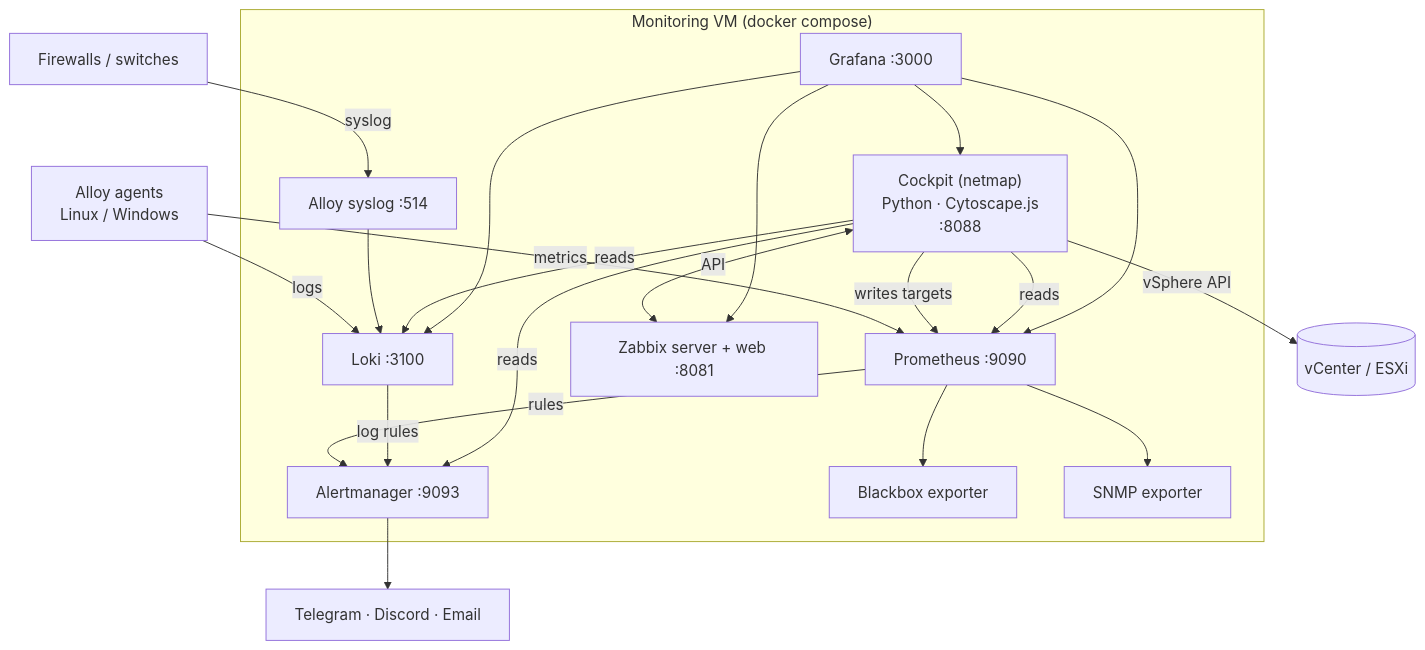
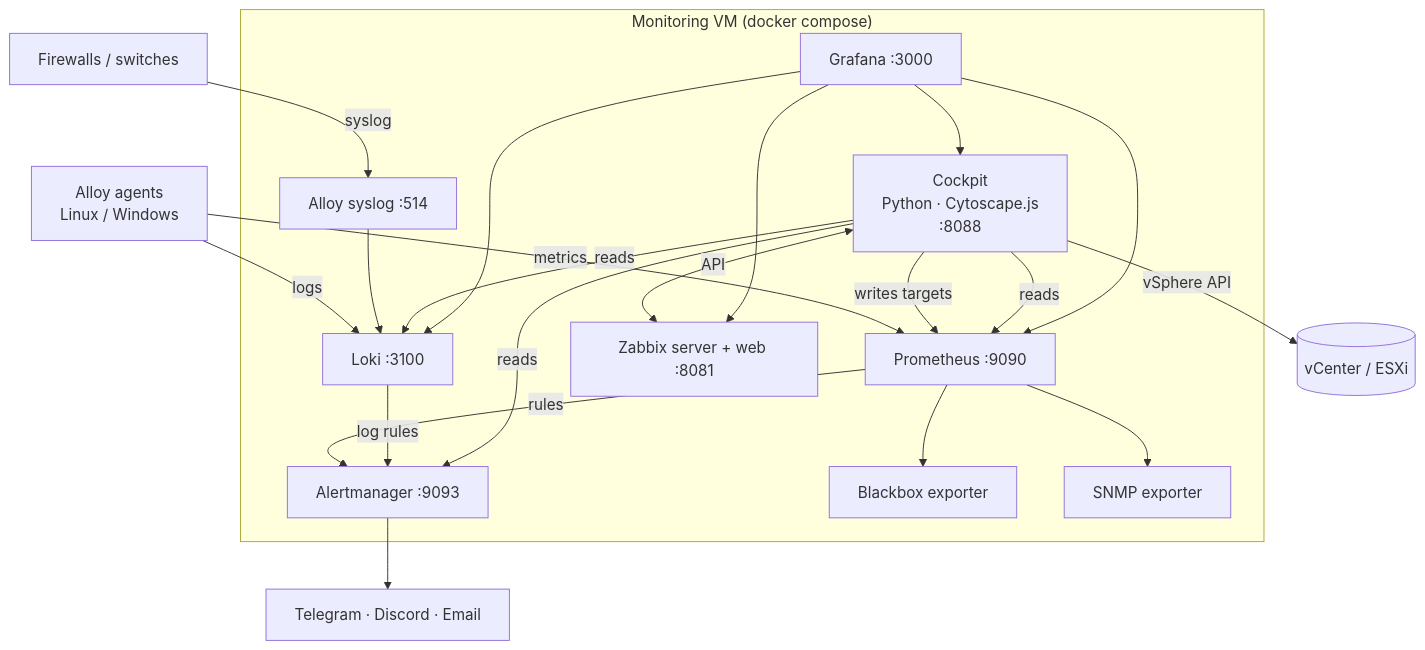
Before and after one commit to B2ZO0/netcockpit: the second of 2 diagrams in README.md, drawn with Mermaid. The commit also changed other lines of this file and 66 other files, not shown here.

````diff
--- a/README.md
+++ b/README.md
@@ -149,26 +149,26 @@
 ```mermaid
 flowchart TB
   subgraph Host["Monitoring VM (docker compose)"]
-    NM["Cockpit (netmap)<br/>Python · Cytoscape.js<br/>:8088"]
+    NM["Cockpit<br/>Python · Cytoscape.js<br/>:8088"]
     PR[Prometheus :9090]
     AM[Alertmanager :9093]
     LK[Loki :3100]
     BB[Blackbox exporter]
     SE[SNMP exporter]
     SY["Alloy syslog :514"]
     GF[Grafana :3000]
     ZB["Zabbix server + web :8081"]
   end
   AG["Alloy agents<br/>Linux / Windows"] -- metrics --> PR
   AG -- logs --> LK
   FW[Firewalls / switches] -- syslog --> SY --> LK
   NM -- writes targets --> PR
   PR --> BB & SE
   PR -- rules --> AM
   LK -- log rules --> AM
   NM -- reads --> PR & AM & LK
   NM <-- API --> ZB
   NM -- vSphere API --> VC[(vCenter / ESXi)]
   AM --> N["Telegram · Discord · Email"]
   GF --> PR & LK & ZB & NM
 ```
````
